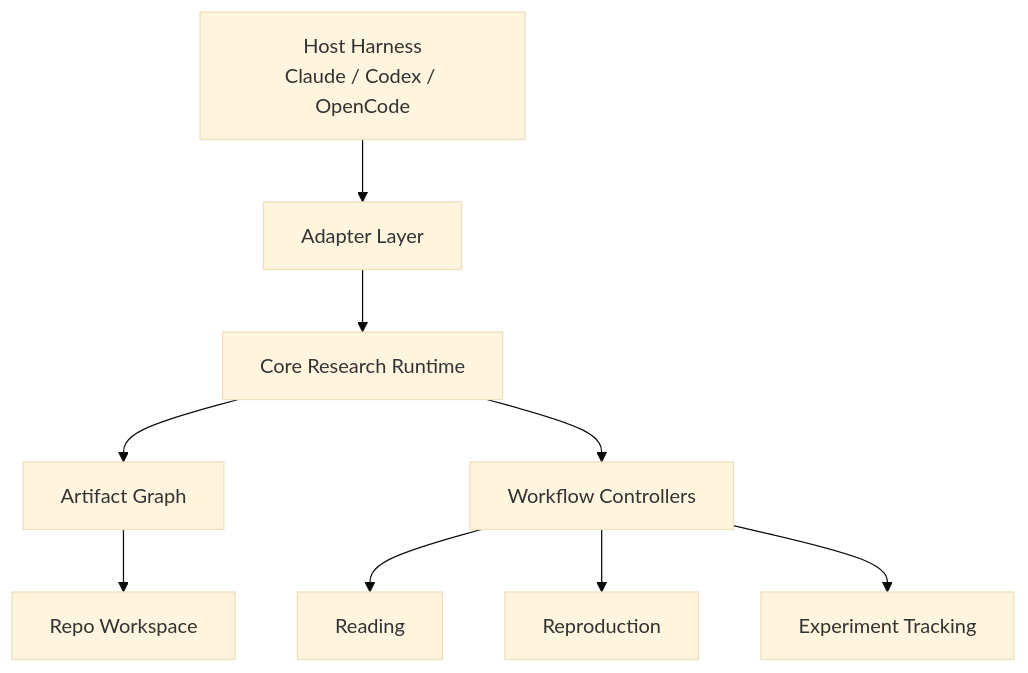
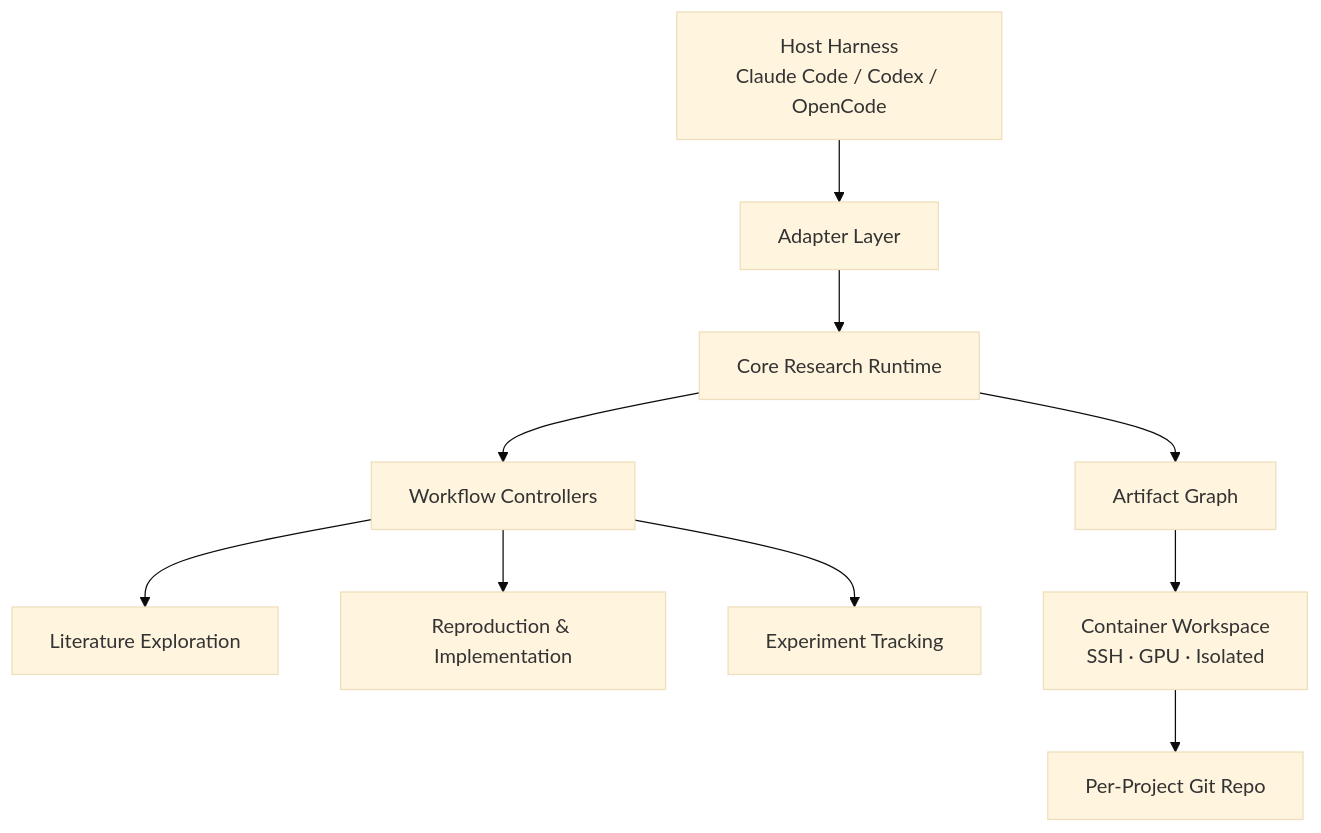
Before and after one commit to Kozmosa/scholar-agent: the diagram in docs/framework/ai-native-research-framework.md, drawn with Mermaid (base theme). The commit also changed other lines of this file and 8 other files, not shown here.

````diff
--- a/docs/framework/ai-native-research-framework.md
+++ b/docs/framework/ai-native-research-framework.md
@@ -39,11 +45,12 @@
 ```mermaid
 flowchart TD
-    A[Host Harness<br/>Claude / Codex / OpenCode] --> B[Adapter Layer]
+    A[Host Harness<br/>Claude Code / Codex / OpenCode] --> B[Adapter Layer]
     B --> C[Core Research Runtime]
     C --> D[Artifact Graph]
     C --> E[Workflow Controllers]
-    E --> F[Reading]
-    E --> G[Reproduction]
+    E --> F[Literature Exploration]
+    E --> G[Reproduction & Implementation]
     E --> H[Experiment Tracking]
-    D --> I[Repo Workspace]
+    D --> I[Container Workspace<br/>SSH · GPU · Isolated]
+    I --> J[Per-Project Git Repo]
 ```
````
